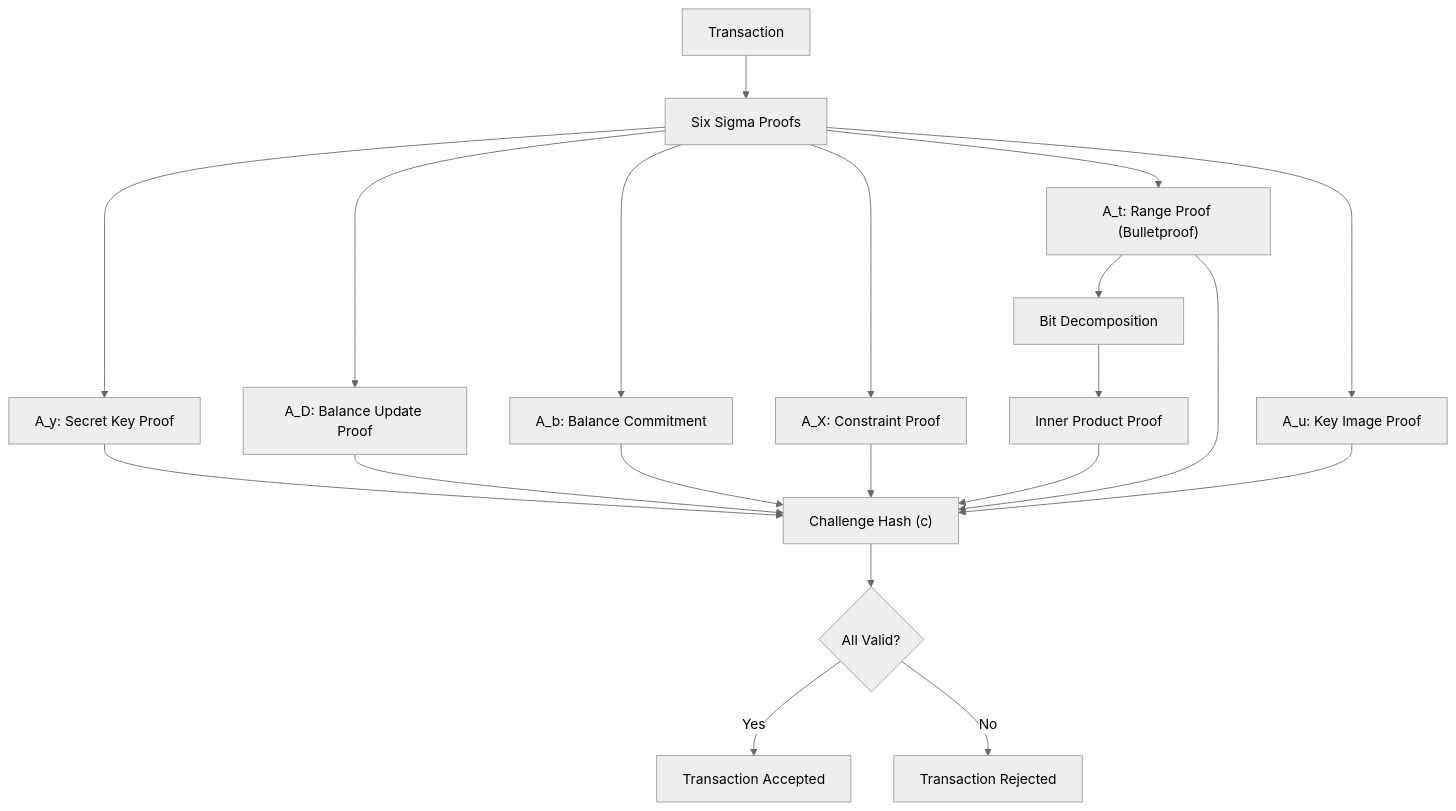
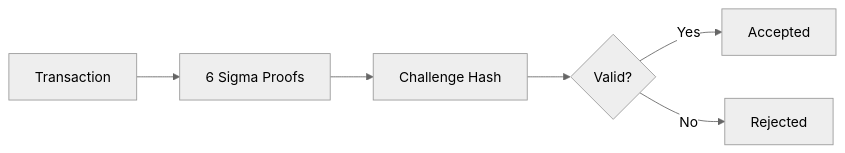
One commit to DHEBP/dero-docs changed the diagram in derod-main/pages/integrity/index.mdx. Above: the diagram before and after it, drawn with Mermaid (neutral theme). The commit also changed other lines of this file and 1 other file, not shown here.

````diff
--- a/derod-main/pages/integrity/index.mdx
+++ b/derod-main/pages/integrity/index.mdx
@@ -49,26 +29,8 @@
 ```mermaid
-flowchart TD
-    TX["Transaction"] --> SIG["Six Sigma Proofs"]
-    
-    SIG --> A_y["A_y: Secret Key Proof"]
-    SIG --> A_D["A_D: Balance Update Proof"]
-    SIG --> A_b["A_b: Balance Commitment"]
-    SIG --> A_X["A_X: Constraint Proof"]
-    SIG --> A_t["A_t: Range Proof (Bulletproof)"]
-    SIG --> A_u["A_u: Key Image Proof"]
-    
-    A_t --> BIT["Bit Decomposition"]
-    BIT --> INNER["Inner Product Proof"]
-    
-    A_y --> HASH["Challenge Hash (c)"]
-    A_D --> HASH
-    A_b --> HASH
-    A_X --> HASH
-    A_t --> HASH
-    A_u --> HASH
-    INNER --> HASH
-    
-    HASH --> VALID{"All Valid?"}
-    VALID -->|Yes| ACC["Transaction Accepted"]
-    VALID -->|No| REJ["Transaction Rejected"]
+flowchart LR
+    TX["Transaction"] --> PROOFS["6 Sigma Proofs"]
+    PROOFS --> HASH["Challenge Hash"]
+    HASH --> VALID{"Valid?"}
+    VALID -->|Yes| ACC["Accepted"]
+    VALID -->|No| REJ["Rejected"]
 ```
````
